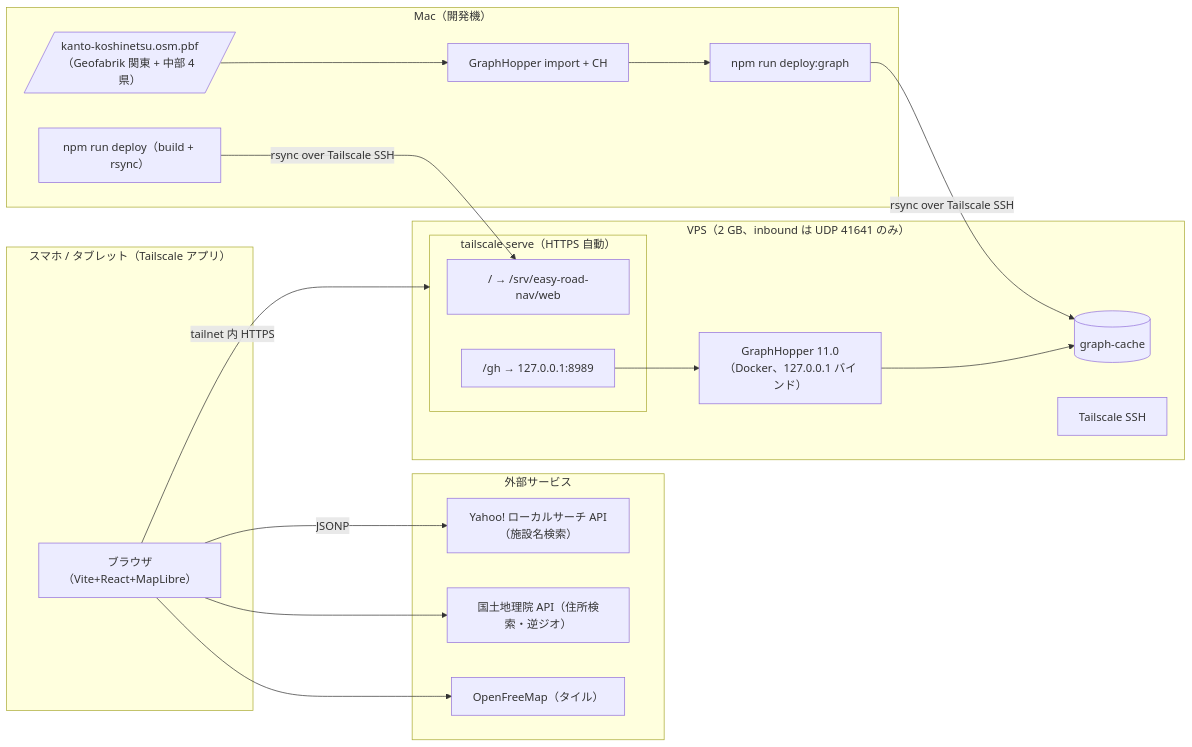
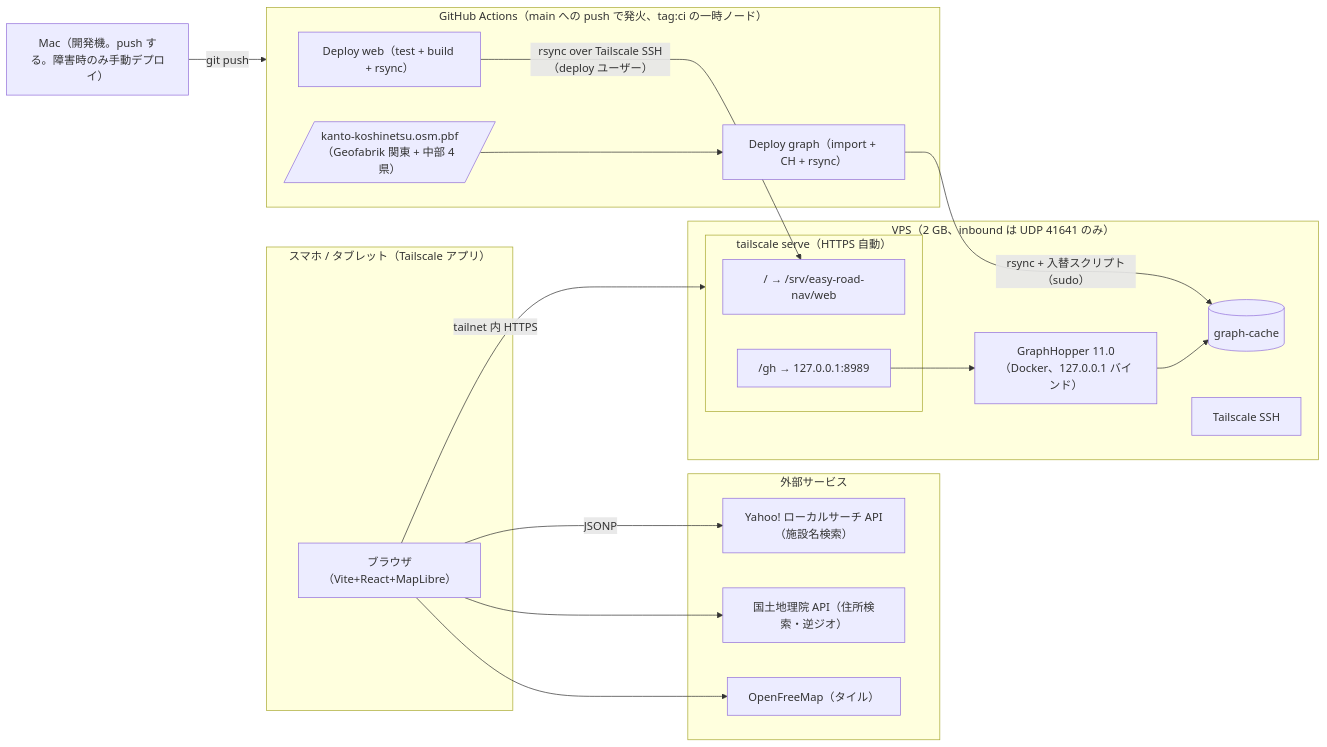
One commit to KyoheiTashiro/easy-road-nav changed the diagram in docs/requirements/infrastructure.md. Above: the diagram before and after it, drawn with Mermaid. The commit also changed other lines of this file and 10 other files, not shown here.

First line of the commit message:
GitHub Actions から VPS へ web と graph を配る仕組みを追加

````diff
--- a/docs/requirements/infrastructure.md
+++ b/docs/requirements/infrastructure.md
@@ -14,38 +14,40 @@
 ```mermaid
 flowchart LR
     subgraph CLIENT["スマホ / タブレット（Tailscale アプリ）"]
         BR["ブラウザ（Vite+React+MapLibre）"]
     end
 
     subgraph EXT["外部サービス"]
         OFM["OpenFreeMap（タイル）"]
         GSI["国土地理院 API（住所検索・逆ジオ）"]
         YJ["Yahoo! ローカルサーチ API（施設名検索）"]
     end
 
     subgraph VPS["VPS（2 GB、inbound は UDP 41641 のみ）"]
         subgraph TS["tailscale serve（HTTPS 自動）"]
             FS["/ → /srv/easy-road-nav/web"]
             RP["/gh → 127.0.0.1:8989"]
         end
         GH["GraphHopper 11.0（Docker、127.0.0.1 バインド）"]
         CACHE[("graph-cache")]
         SSH["Tailscale SSH"]
     end
 
-    subgraph MAC["Mac（開発機）"]
+    subgraph GHA["GitHub Actions（main への push で発火、tag:ci の一時ノード）"]
+        DEP["Deploy web（test + build + rsync）"]
         PBF[/"kanto-koshinetsu.osm.pbf（Geofabrik 関東 + 中部 4 県）"/]
-        IMP["GraphHopper import + CH"]
-        DEP["npm run deploy（build + rsync）"]
-        DEPG["npm run deploy:graph"]
+        IMP["Deploy graph（import + CH + rsync）"]
     end
+
+    MAC["Mac（開発機。push する。障害時のみ手動デプロイ）"]
 
     BR --> OFM
     BR --> GSI
     BR -->|JSONP| YJ
     BR -->|tailnet 内 HTTPS| TS
     RP --> GH --> CACHE
 
-    DEP -->|rsync over Tailscale SSH| FS
-    PBF --> IMP --> DEPG -->|rsync over Tailscale SSH| CACHE
+    MAC -->|git push| GHA
+    DEP -->|rsync over Tailscale SSH（deploy ユーザー）| FS
+    PBF --> IMP -->|rsync + 入替スクリプト（sudo）| CACHE
 ```
````
